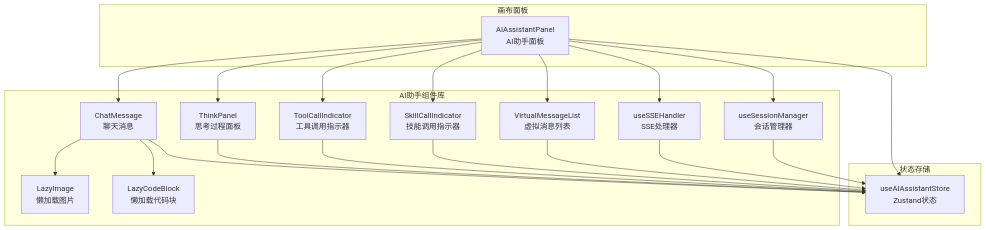
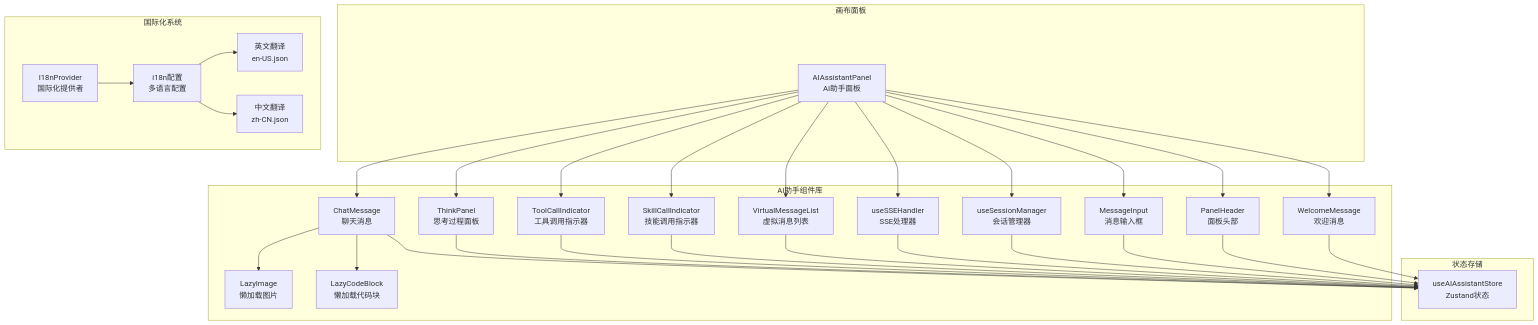
One commit to KunLabAI/KunFlix changed the first of 13 diagrams in .qoder/repowiki/zh/content/系统架构/前端架构/组件架构/AI助手组件.md. Above: the diagram before and after it, drawn with Mermaid. The commit also changed other lines of this file and 78 other files, not shown here.

````diff
--- a/.qoder/repowiki/zh/content/系统架构/前端架构/组件架构/AI助手组件.md
+++ b/.qoder/repowiki/zh/content/系统架构/前端架构/组件架构/AI助手组件.md
@@ -47,37 +57,54 @@
 ```mermaid
 graph TB
 subgraph "画布面板"
 A["AIAssistantPanel<br/>AI助手面板"]
 end
 subgraph "AI助手组件库"
 B["ChatMessage<br/>聊天消息"]
 C["ThinkPanel<br/>思考过程面板"]
 D["ToolCallIndicator<br/>工具调用指示器"]
 E["SkillCallIndicator<br/>技能调用指示器"]
 F["VirtualMessageList<br/>虚拟消息列表"]
 G["LazyImage<br/>懒加载图片"]
 H["LazyCodeBlock<br/>懒加载代码块"]
 I["useSSEHandler<br/>SSE处理器"]
 J["useSessionManager<br/>会话管理器"]
+K["MessageInput<br/>消息输入框"]
+L["PanelHeader<br/>面板头部"]
+M["WelcomeMessage<br/>欢迎消息"]
+end
+subgraph "国际化系统"
+N["I18nProvider<br/>国际化提供者"]
+O["i18n配置<br/>多语言配置"]
+P["英文翻译<br/>en-US.json"]
+Q["中文翻译<br/>zh-CN.json"]
 end
 subgraph "状态存储"
-K["useAIAssistantStore<br/>Zustand状态"]
+R["useAIAssistantStore<br/>Zustand状态"]
 end
 A --> B
 A --> C
 A --> D
 A --> E
 A --> F
 B --> G
 B --> H
 A --> I
 A --> J
 A --> K
-B --> K
-C --> K
-D --> K
-E --> K
-F --> K
-I --> K
-J --> K
+A --> L
+A --> M
+B --> R
+C --> R
+D --> R
+E --> R
+F --> R
+I --> R
+J --> R
+K --> R
+L --> R
+M --> R
+N --> O
+O --> P
+O --> Q
 ```
````
